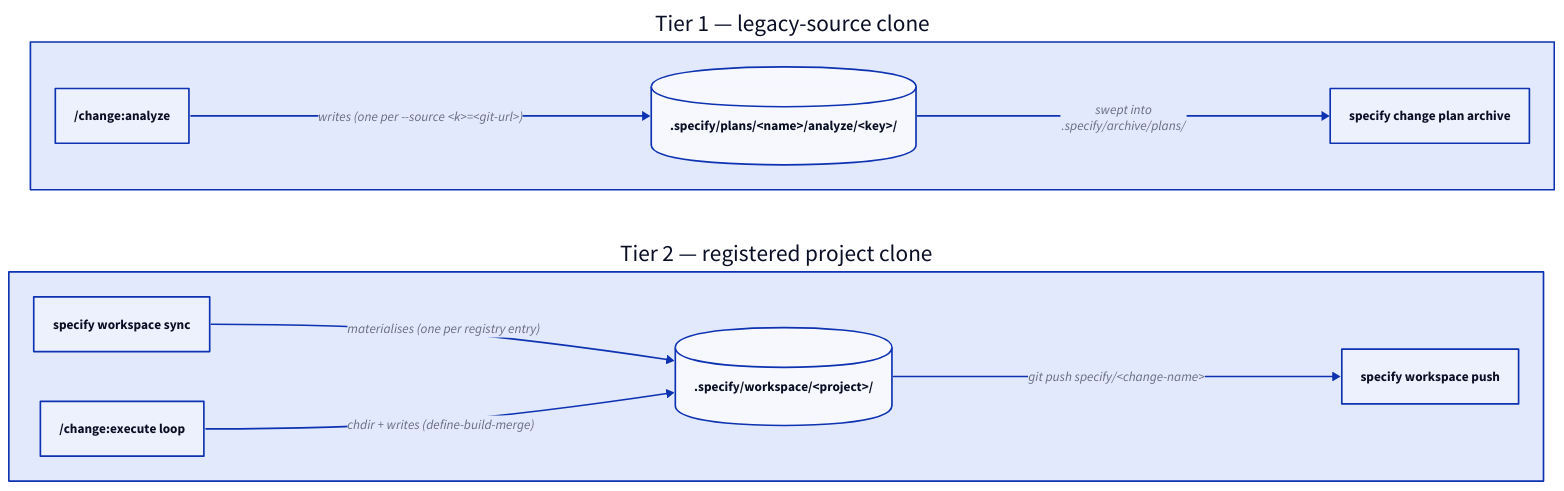
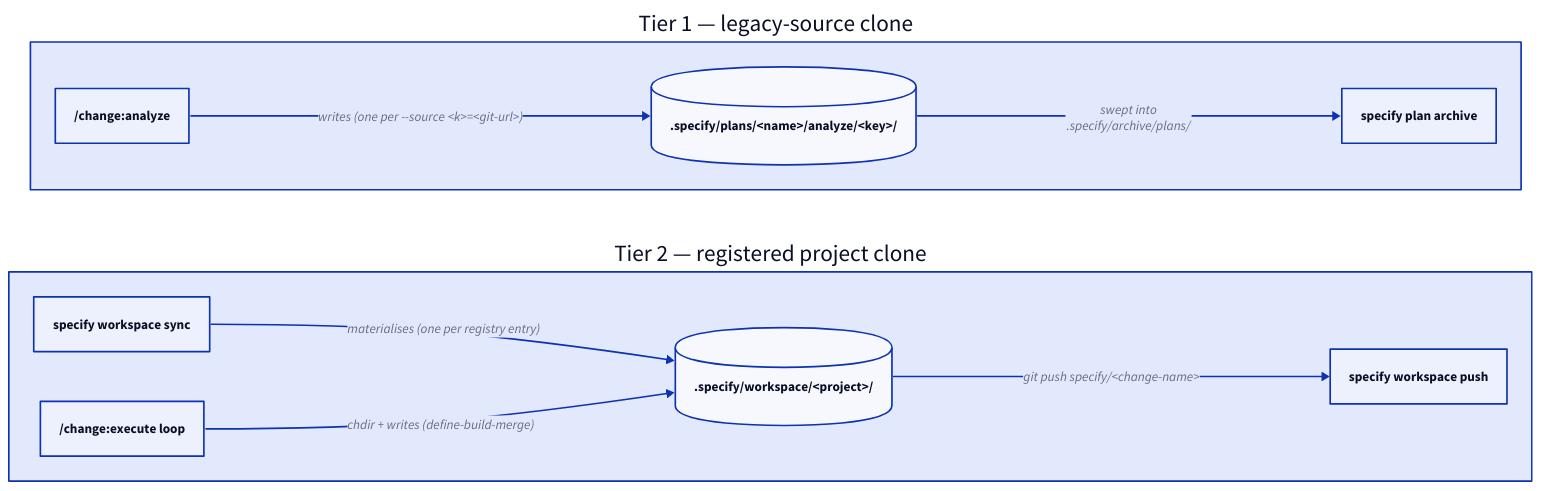
Before and after one commit to augentic/anvil: the diagram in docs/explanation/workspace-tiers.md, drawn with D2. The commit also changed other lines of this file and 126 other files, not shown here.

Commit message:
flatten specify plan

````diff
--- a/docs/explanation/workspace-tiers.md
+++ b/docs/explanation/workspace-tiers.md
@@ -55,23 +55,23 @@
 ```d2
 direction: right
 
 tier1: "Tier 1 — legacy-source clone" {
   shape: rectangle
   loc: ".specify/plans/<name>/analyze/<key>/" {shape: cylinder}
   analyze: "/change:analyze" {shape: rectangle}
-  archive: "specify change plan archive" {shape: rectangle}
+  archive: "specify plan archive" {shape: rectangle}
   analyze -> loc: "writes (one per --source <k>=<git-url>)"
   loc -> archive: "swept into\n.specify/archive/plans/"
 }
 
 tier2: "Tier 2 — registered project clone" {
   shape: rectangle
   loc: ".specify/workspace/<project>/" {shape: cylinder}
   sync: "specify workspace sync" {shape: rectangle}
   execute: "/change:execute loop" {shape: rectangle}
   push: "specify workspace push" {shape: rectangle}
   sync -> loc: "materialises (one per registry entry)"
   execute -> loc: "chdir + writes (define-build-merge)"
   loc -> push: "git push specify/<change-name>"
 }
 ```
````
